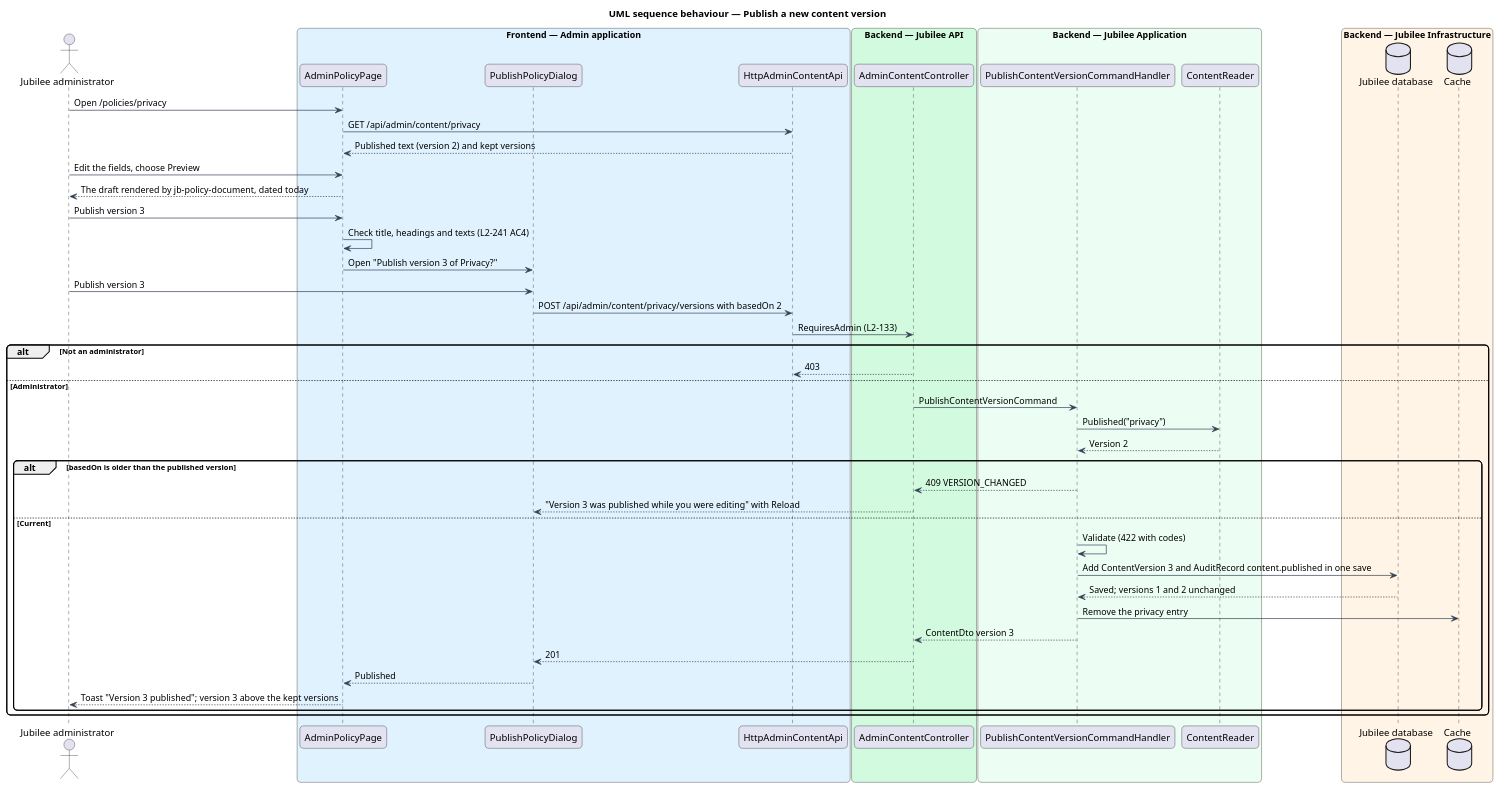
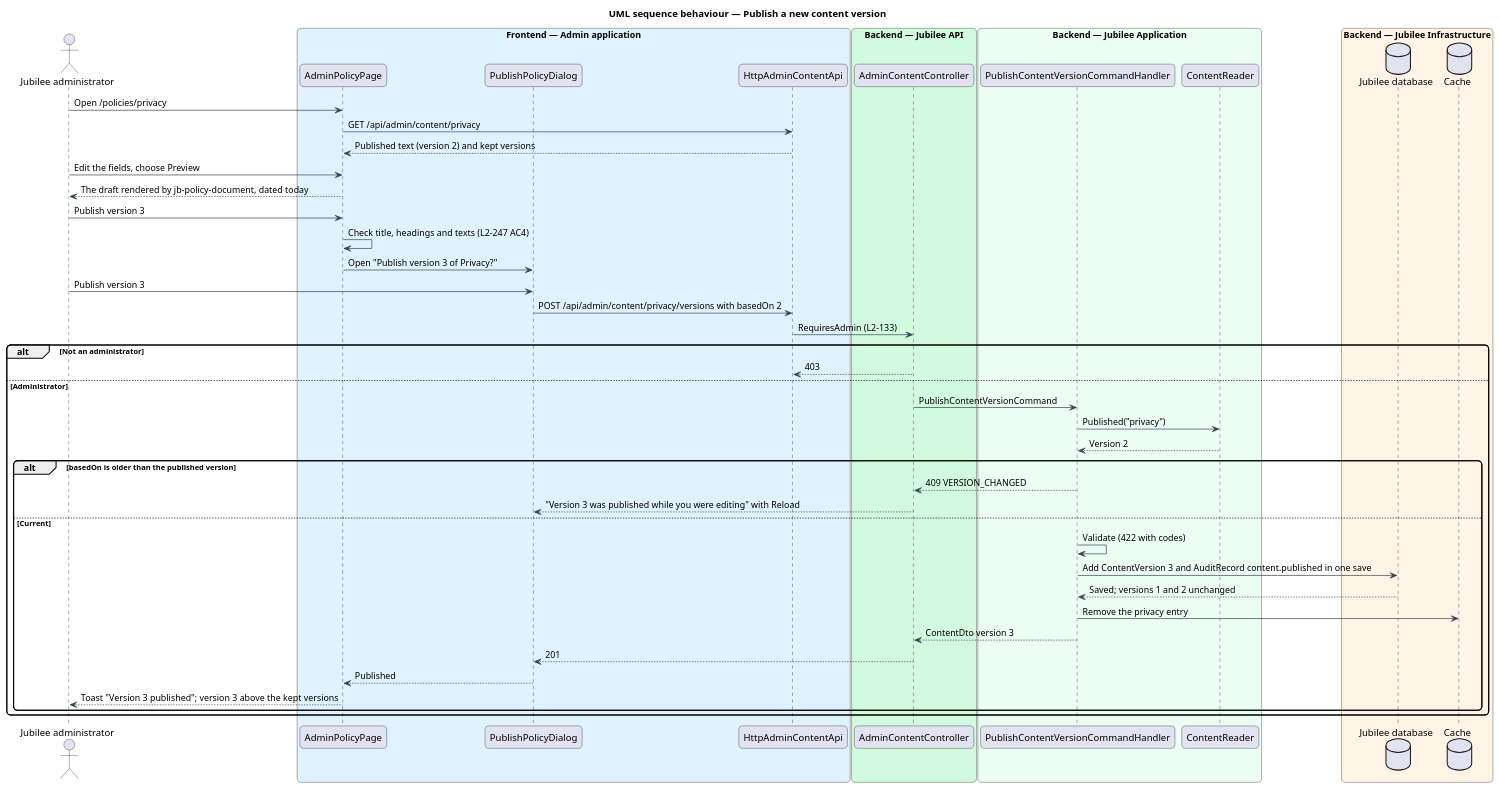
Before and after one commit to QuinntyneBrown/jubilee: the diagram in docs/detailed-designs/trust-content/publish-policy-pages/diagrams/sequence-publish-version.puml, drawn with PlantUML. The commit also changed 34 other files, not shown here.

```diff
--- a/docs/detailed-designs/trust-content/publish-policy-pages/diagrams/sequence-publish-version.puml
+++ b/docs/detailed-designs/trust-content/publish-policy-pages/diagrams/sequence-publish-version.puml
@@ -1,56 +1,56 @@
 @startuml
 title UML sequence behaviour — Publish a new content version
 skinparam backgroundColor #FFFFFF
 skinparam shadowing false
 skinparam roundcorner 12
 skinparam defaultFontName Arial
 skinparam ArrowColor #344054
 actor "Jubilee administrator" as actor
 box "Frontend — Admin application" #E0F2FE
   participant "AdminPolicyPage" as page
   participant "PublishPolicyDialog" as dialog
   participant "HttpAdminContentApi" as client
 end box
 box "Backend — Jubilee API" #D1FADF
   participant "AdminContentController" as controller
 end box
 box "Backend — Jubilee Application" #ECFDF3
   participant "PublishContentVersionCommandHandler" as handler
   participant "ContentReader" as reader
 end box
 box "Backend — Jubilee Infrastructure" #FFF4E5
   database "Jubilee database" as db
   database "Cache" as cache
 end box
 actor -> page : Open /policies/privacy
 page -> client : GET /api/admin/content/privacy
 client --> page : Published text (version 2) and kept versions
 actor -> page : Edit the fields, choose Preview
 page --> actor : The draft rendered by jb-policy-document, dated today
 actor -> page : Publish version 3
-page -> page : Check title, headings and texts (L2-241 AC4)
+page -> page : Check title, headings and texts (L2-247 AC4)
 page -> dialog : Open "Publish version 3 of Privacy?"
 actor -> dialog : Publish version 3
 dialog -> client : POST /api/admin/content/privacy/versions with basedOn 2
 client -> controller : RequiresAdmin (L2-133)
 alt Not an administrator
   controller --> client : 403
 else Administrator
   controller -> handler : PublishContentVersionCommand
   handler -> reader : Published("privacy")
   reader --> handler : Version 2
   alt basedOn is older than the published version
     handler --> controller : 409 VERSION_CHANGED
     controller --> dialog : "Version 3 was published while you were editing" with Reload
   else Current
     handler -> handler : Validate (422 with codes)
     handler -> db : Add ContentVersion 3 and AuditRecord content.published in one save
     db --> handler : Saved; versions 1 and 2 unchanged
     handler -> cache : Remove the privacy entry
     handler --> controller : ContentDto version 3
     controller --> dialog : 201
     dialog --> page : Published
     page --> actor : Toast "Version 3 published"; version 3 above the kept versions
   end
 end
 @enduml
```
